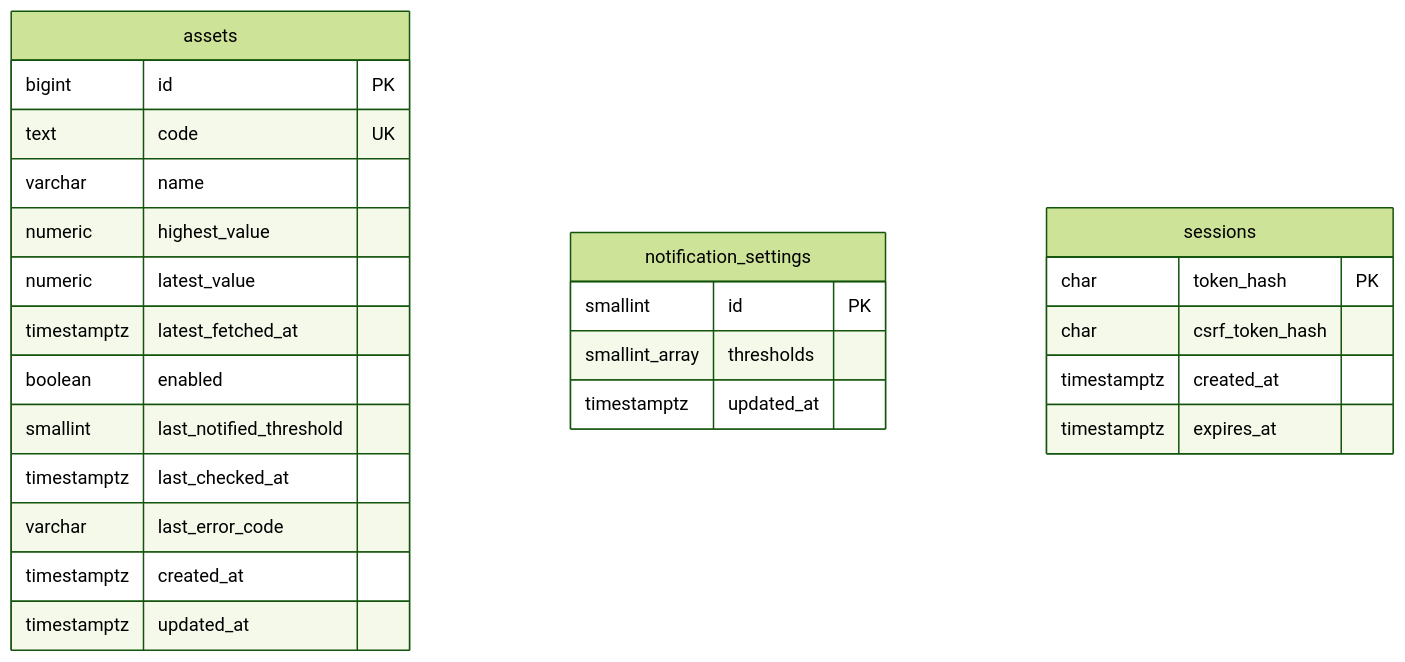
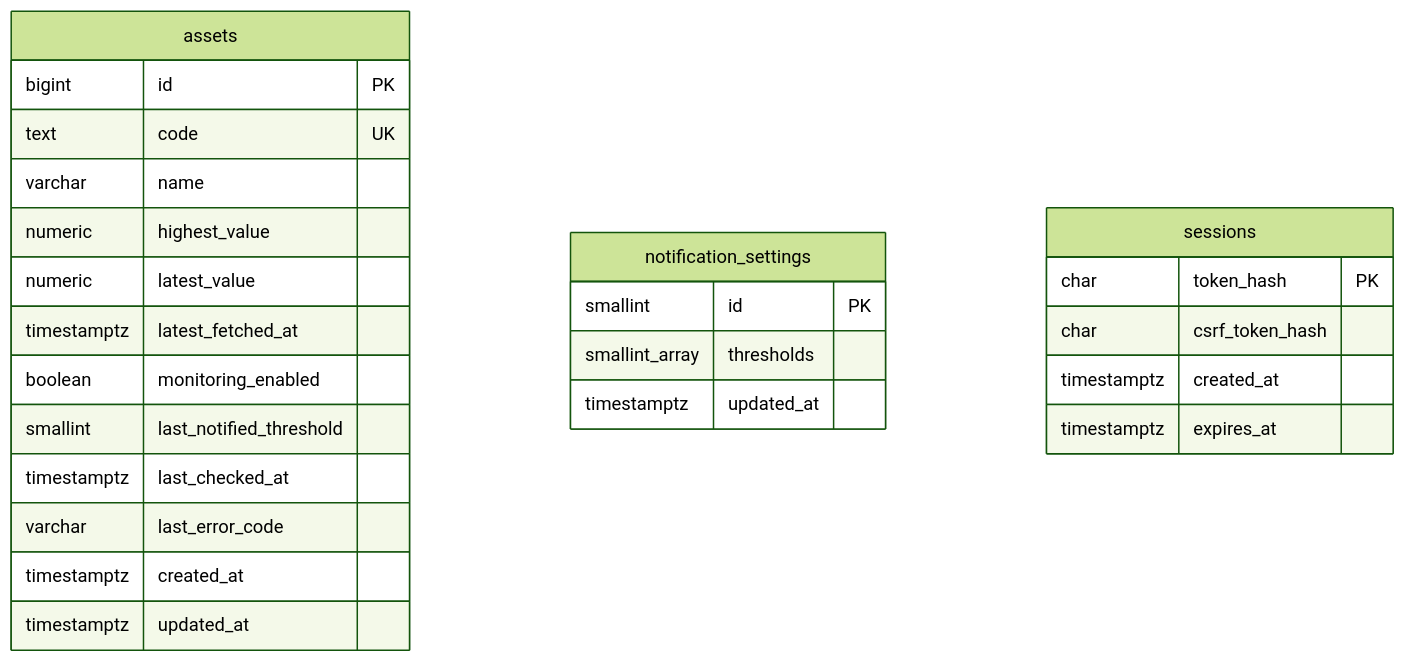
The diagram in design/database.md (hisho-123/stock_notification_docs), drawn with Mermaid (forest theme) before and after one commit. The commit also changed other lines of this file and 10 other files, not shown here.

````diff
--- a/design/database.md
+++ b/design/database.md
@@ -5,28 +5,28 @@
 ```mermaid
 erDiagram
     assets {
         bigint id PK
         text code UK
         varchar name
         numeric highest_value
         numeric latest_value
         timestamptz latest_fetched_at
-        boolean enabled
+        boolean monitoring_enabled
         smallint last_notified_threshold
         timestamptz last_checked_at
         varchar last_error_code
         timestamptz created_at
         timestamptz updated_at
     }
     notification_settings {
         smallint id PK
         smallint_array thresholds
         timestamptz updated_at
     }
     sessions {
         char token_hash PK
         char csrf_token_hash
         timestamptz created_at
         timestamptz expires_at
     }
 ```
````
